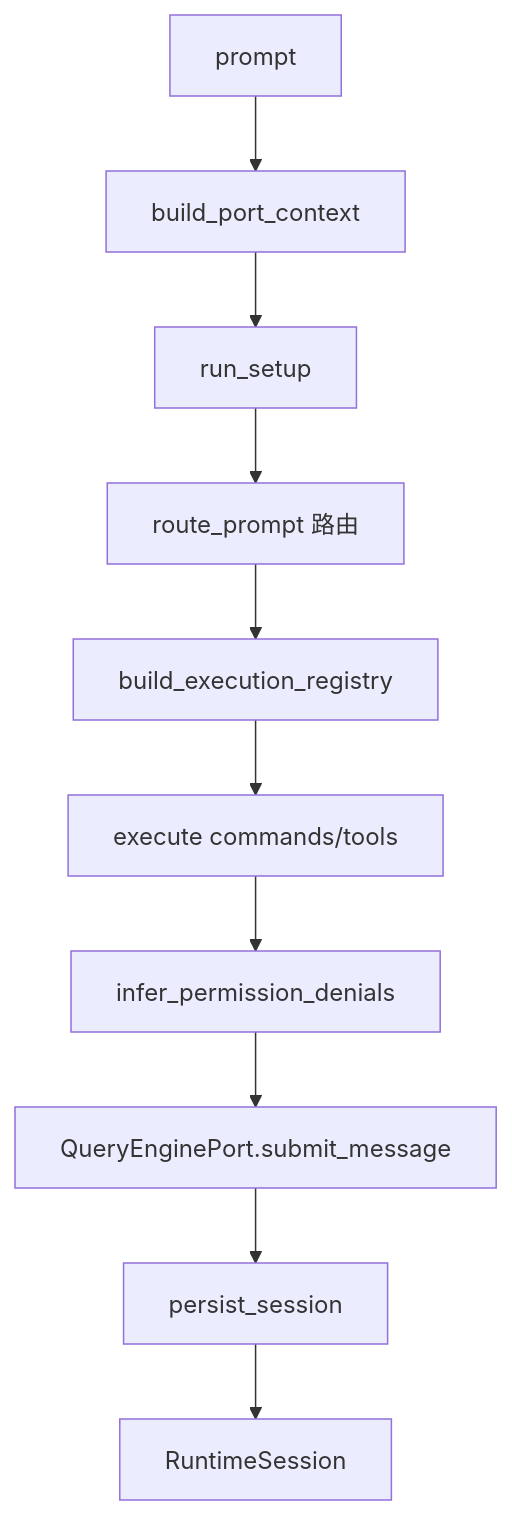
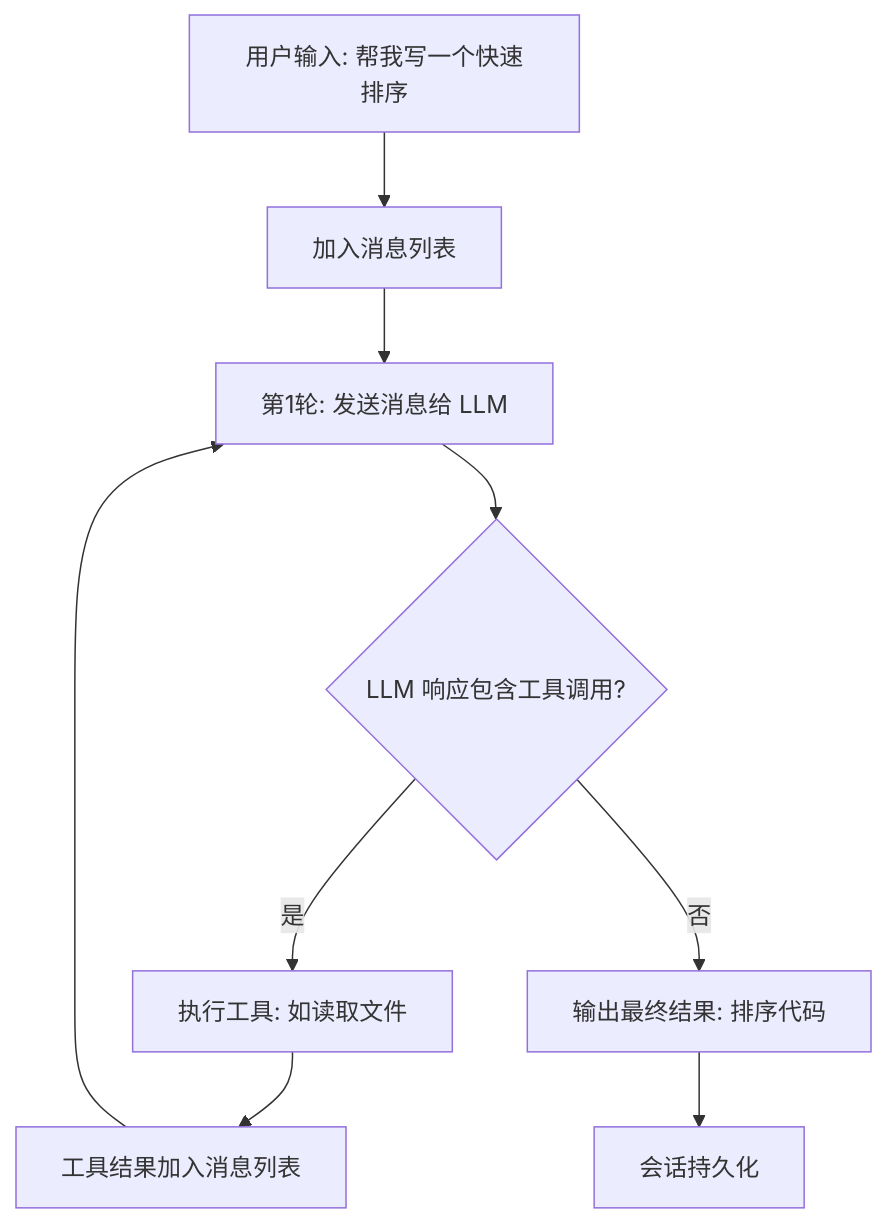
Before and after one commit to learner330/claw-code-book: the diagram in chapter-03/architecture.md, drawn with Mermaid. The commit also changed other lines of this file and 6 other files, not shown here.

````diff
--- a/chapter-03/architecture.md
+++ b/chapter-03/architecture.md
@@ -122,12 +125,11 @@
 ```mermaid
 graph TD
-    A[prompt] --> B[build_port_context]
-    B --> C[run_setup]
-    C --> D[route_prompt 路由]
-    D --> E[build_execution_registry]
-    E --> F[execute commands/tools]
-    F --> G[infer_permission_denials]
-    G --> H[QueryEnginePort.submit_message]
-    H --> I[persist_session]
-    I --> J[RuntimeSession]
+    A[用户输入: 帮我写一个快速排序] --> B[加入消息列表]
+    B --> C[第1轮: 发送消息给 LLM]
+    C --> D{LLM 响应包含工具调用?}
+    D -->|是| E[执行工具: 如读取文件]
+    E --> F[工具结果加入消息列表]
+    F --> C
+    D -->|否| G[输出最终结果: 排序代码]
+    G --> H[会话持久化]
 ```
````
